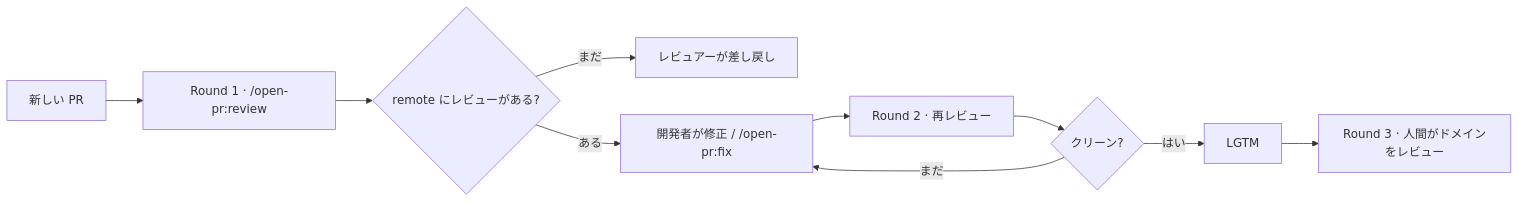
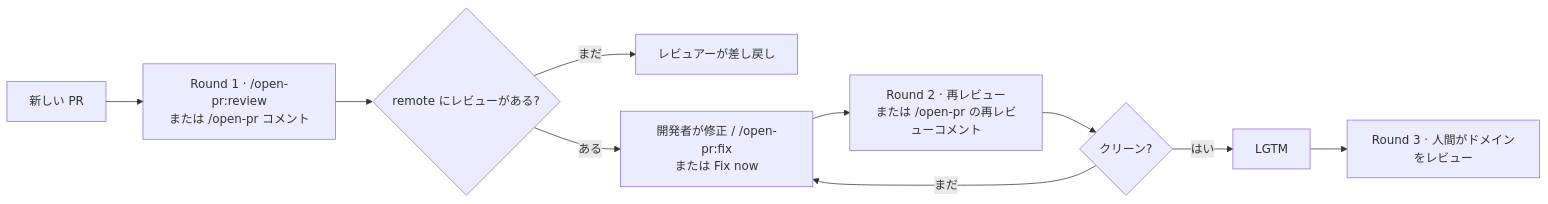
The diagram in README.ja-JP.md (TOMOSIA-VIETNAM/open-pr), drawn with Mermaid before and after one commit. The commit also changed other lines of this file and 53 other files, not shown here.

First line of the commit message:
feat(watch): /open-pr:watch review and fix roles, and /open-pr:menubar (#143)

````diff
--- a/README.ja-JP.md
+++ b/README.ja-JP.md
@@ -122,12 +123,12 @@
 ```mermaid
 flowchart LR
-  A[新しい PR] --> B["Round 1 · /open-pr:review"]
+  A[新しい PR] --> B["Round 1 · /open-pr:review<br/>または /open-pr コメント"]
   B --> C{remote にレビューがある?}
   C -- まだ --> D[レビュアーが差し戻し]
-  C -- ある --> E[開発者が修正 / /open-pr:fix]
-  E --> F["Round 2 · 再レビュー"]
+  C -- ある --> E["開発者が修正 / /open-pr:fix<br/>または Fix now"]
+  E --> F["Round 2 · 再レビュー<br/>または /open-pr の再レビューコメント"]
   F --> G{クリーン?}
   G -- はい --> H[LGTM]
   G -- まだ --> E
   H --> I[Round 3 · 人間がドメインをレビュー]
 ```
````
